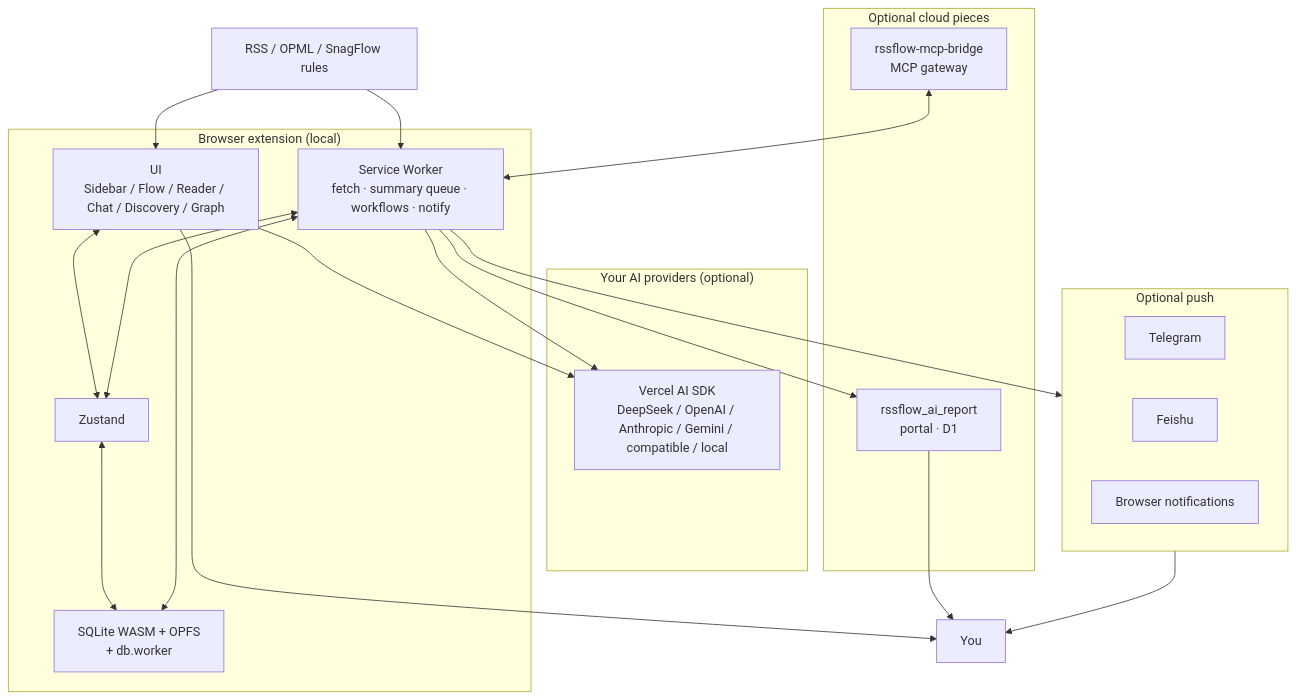
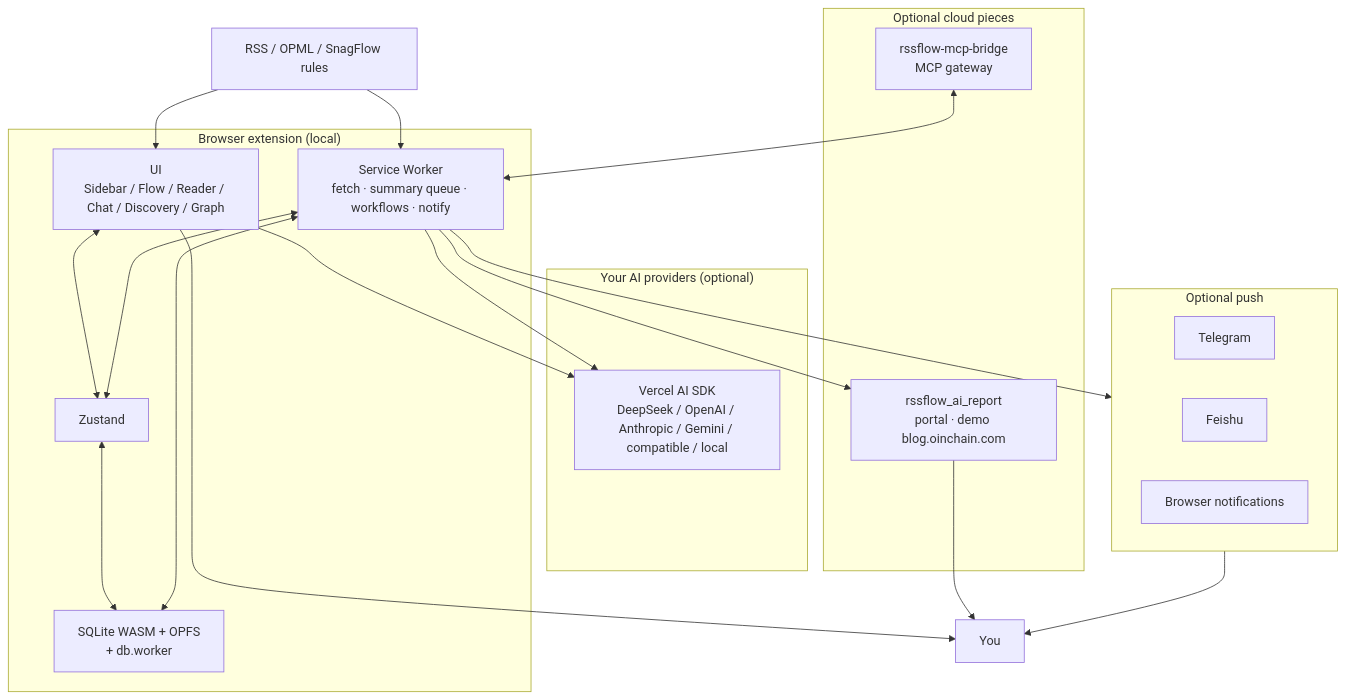
One commit to Pizone-ai/RSSFlow-doc changed the diagram in README_EN.md. Above: the diagram before and after it, drawn with Mermaid. The commit also changed other lines of this file and 1 other file, not shown here.

First line of the commit message:
docs: highlight report portal demo and tighten README accuracy

````diff
--- a/README_EN.md
+++ b/README_EN.md
@@ -218,39 +229,39 @@
 ```mermaid
 graph TD
     subgraph Browser["Browser extension (local)"]
         UI["UI<br/>Sidebar / Flow / Reader / Chat / Discovery / Graph"]
         State["Zustand"]
         BG["Service Worker<br/>fetch · summary queue · workflows · notify"]
         DB["SQLite WASM + OPFS<br/>+ db.worker"]
         UI <--> State
         State <--> DB
         BG <--> DB
         BG <--> State
     end
 
     subgraph LLM["Your AI providers (optional)"]
         AISDK["Vercel AI SDK<br/>DeepSeek / OpenAI / Anthropic / Gemini / compatible / local"]
     end
 
     subgraph CloudOpt["Optional cloud pieces"]
-        Report["rssflow_ai_report<br/>portal · D1"]
+        Report["rssflow_ai_report<br/>portal · demo blog.oinchain.com"]
         MCP["rssflow-mcp-bridge<br/>MCP gateway"]
     end
 
     subgraph Push["Optional push"]
         TG["Telegram"]
         FS["Feishu"]
         BN["Browser notifications"]
     end
 
     RSS["RSS / OPML / SnagFlow rules"] --> BG
     RSS --> UI
     UI --> AISDK
     BG --> AISDK
     BG --> Push
     BG --> Report
     MCP <--> BG
     UI --> User["You"]
     Push --> User
     Report --> User
 ```
````
